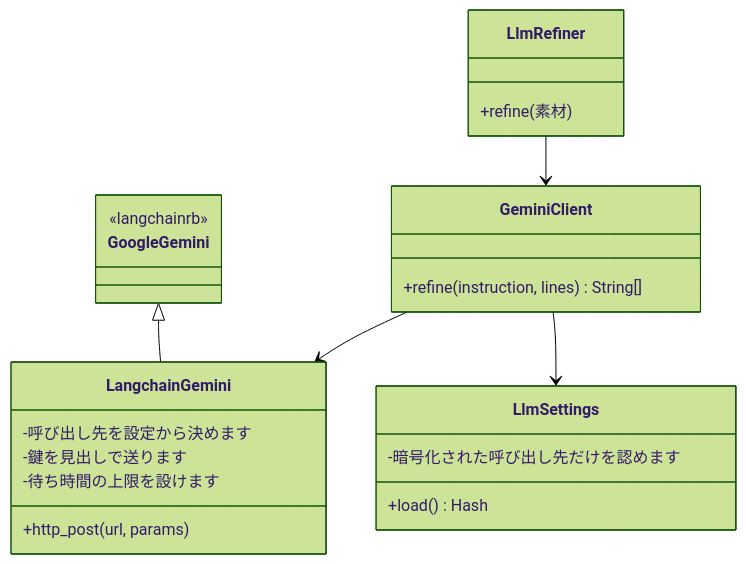
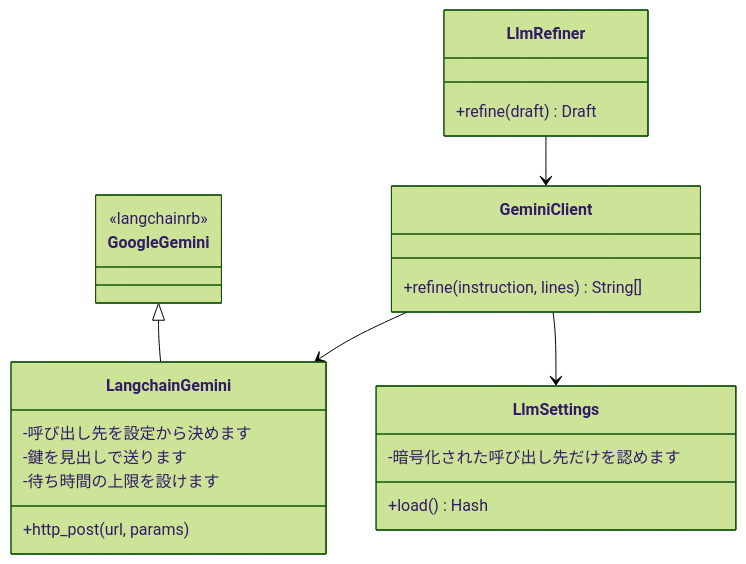
Before and after one commit to rictaworks/hero-prompt-forge: the second of 5 diagrams in SPEC/class.md, drawn with Mermaid (forest theme). The commit also changed other lines of this file and 2 other files, not shown here.

Commit message:
[修正] 2 回目のレビューの条件へ対応します (#78, #79)
- 差の一覧の表を割っていた空行を取ります（条件 1）
- LlmRefiner の入口を、実装どおり refine へ戻します（条件 2）

````diff
--- a/SPEC/class.md
+++ b/SPEC/class.md
@@ -78,27 +78,27 @@
 ```mermaid
 classDiagram
     class LlmRefiner {
-        +refine(素材)
+        +refine(draft) Draft
     }
     class GeminiClient {
         +refine(instruction, lines) String[]
     }
     class LangchainGemini {
         +http_post(url, params)
         -呼び出し先を設定から決めます
         -鍵を見出しで送ります
         -待ち時間の上限を設けます
     }
     class LlmSettings {
         +load() Hash
         -暗号化された呼び出し先だけを認めます
     }
     class GoogleGemini {
         <<langchainrb>>
     }
 
     LlmRefiner --> GeminiClient
     GeminiClient --> LangchainGemini
     GeminiClient --> LlmSettings
     GoogleGemini <|-- LangchainGemini
 ```
````
